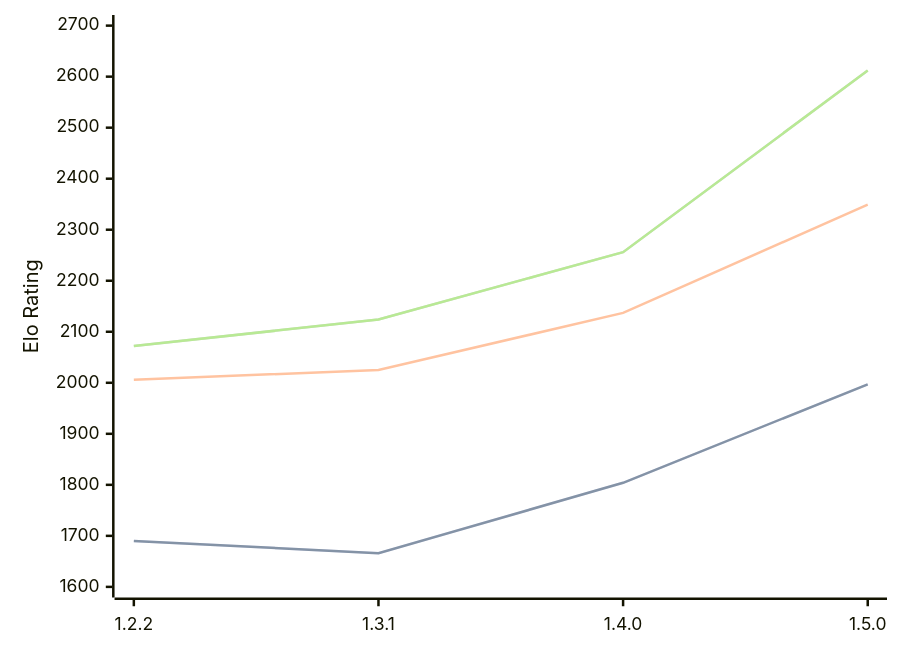
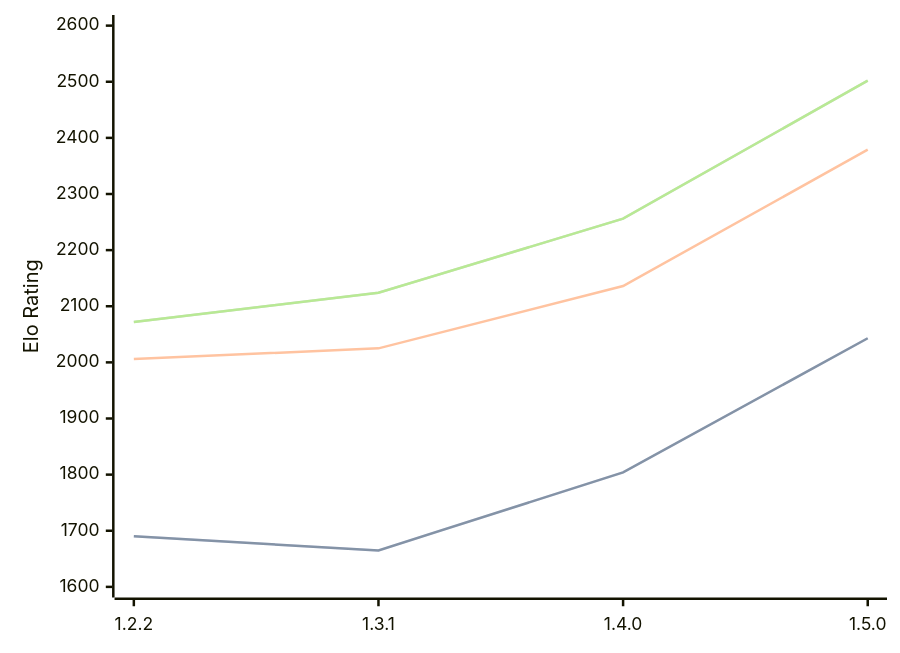
One commit to computer-chess-index/cci changed the diagram in engines/SoloEngine.md. Above: the diagram before and after it, drawn with Mermaid. The commit also changed other lines of this file, not shown here.

Commit message:
Update CCI Ratings (ELO VLTC) - 2026-03-05

````diff
--- a/engines/SoloEngine.md
+++ b/engines/SoloEngine.md
@@ -32,11 +32,11 @@
 ```mermaid
 %%{init: {"theme":"base","themeVariables":{"seriesColors:['#a3a3a3','#222221','#faa371']}}}%%
 xychart-beta
   x-axis ["1.2.2", "1.3.1", "1.4.0", "1.5.0"]
-  y-axis "Elo Rating" 1600 --> 2700
-  line "STC (8.0+0.08s)" [1690, 1666, 1804, 1997]
-  line "STC (8.0+0.08s)" [1690, 1666, 1804, 1997]
-  line "LTC (60.0+0.60s)" [2006, 2025, 2137, 2349]
-  line "VLTC (2m24s+1.12s)" [2072, 2124, 2256, 2612]
-  line "VLTC (2m24s+1.12s)" [2072, 2124, 2256, 2612]
+  y-axis "Elo Rating" 1600 --> 2600
+  line "STC (8.0+0.08s)" [1690, 1665, 1804, 2043]
+  line "STC (8.0+0.08s)" [1690, 1665, 1804, 2043]
+  line "LTC (60.0+0.60s)" [2006, 2025, 2136, 2379]
+  line "VLTC (2m24s+1.12s)" [2072, 2124, 2256, 2502]
+  line "VLTC (2m24s+1.12s)" [2072, 2124, 2256, 2502]
 ```
````
